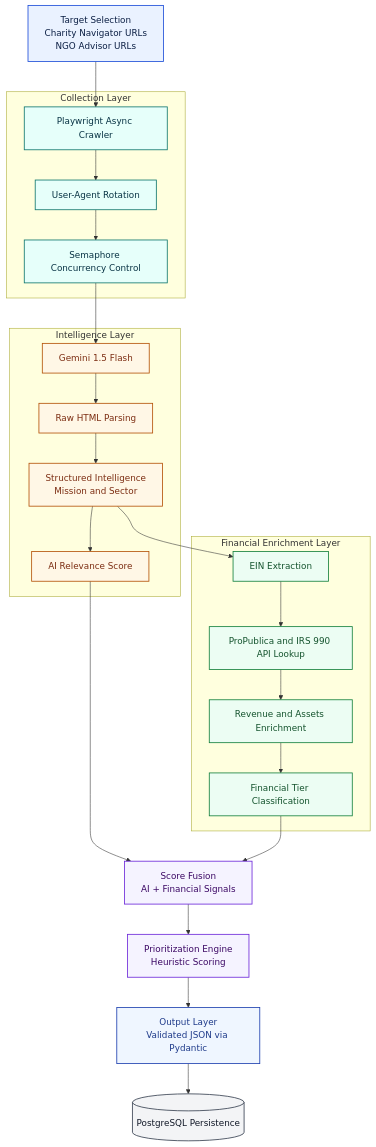
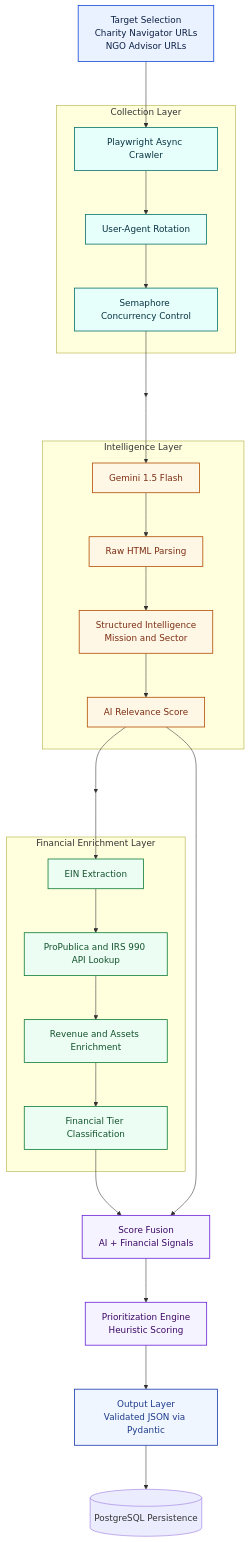
Before and after one commit to keylorpineda/nonprofit_intel_scraper: the diagram in README.md, drawn with Mermaid.

Commit message:
Update Mermaid diagram in README for improved clarity and structure in data flow representation

````diff
--- a/README.md
+++ b/README.md
@@ -199,54 +199,64 @@
 ```mermaid
-%%{init: {'flowchart': {'curve': 'basis', 'nodeSpacing': 45, 'rankSpacing': 55, 'htmlLabels': true}} }%%
+%%{init: {'flowchart': {'curve': 'basis', 'nodeSpacing': 45, 'rankSpacing': 80, 'htmlLabels': true}} }%%
 graph TD
   A[Target Selection<br/>Charity Navigator URLs<br/>NGO Advisor URLs]
 
-  subgraph C[Collection Layer]
+  subgraph C["Collection Layer "]
     B1[Playwright Async Crawler]
     B2[User-Agent Rotation]
     B3[Semaphore Concurrency Control]
   end
 
-  subgraph I[Intelligence Layer]
+  CollectionOut[ ]
+  CollectionOut:::hidden
+
+  subgraph I["Intelligence Layer "]
     D1[Gemini 1.5 Flash]
     D2[Raw HTML Parsing]
     D3[Structured Intelligence<br/>Mission and Sector]
     D4[AI Relevance Score]
   end
 
-  subgraph E[Financial Enrichment Layer]
+  IntelligenceOut[ ]
+  IntelligenceOut:::hidden
+
+  subgraph E["Financial Enrichment Layer "]
     F1[EIN Extraction]
     F2[ProPublica and IRS 990 API Lookup]
     F3[Revenue and Assets Enrichment]
     F4[Financial Tier Classification]
   end
 
   P0[Score Fusion<br/>AI + Financial Signals]
   G[Prioritization Engine<br/>Heuristic Scoring]
   H1[Output Layer<br/>Validated JSON via Pydantic]
   H2[(PostgreSQL Persistence)]
 
-  A --> B1 --> B2 --> B3 --> D1
+  A --> B1 --> B2 --> B3
+  B3 --> CollectionOut
+  CollectionOut --> D1
   D1 --> D2 --> D3 --> D4
-  D3 --> F1 --> F2 --> F3 --> F4
+  D4 --> IntelligenceOut
+  IntelligenceOut --> F1 --> F2 --> F3 --> F4
+  F4 --> P0
   D4 --> P0
-  F4 --> P0
   P0 --> G
   G --> H1 --> H2
 
   classDef source fill:#EAF2FF,stroke:#1D4ED8,color:#0B1F44,stroke-width:1.5px;
   classDef collection fill:#E6FFFA,stroke:#0F766E,color:#083344,stroke-width:1.5px;
   classDef intelligence fill:#FFF7E6,stroke:#B45309,color:#7C2D12,stroke-width:1.5px;
   classDef enrichment fill:#ECFDF3,stroke:#15803D,color:#14532D,stroke-width:1.5px;
   classDef prioritize fill:#F5F3FF,stroke:#6D28D9,color:#3B0764,stroke-width:1.5px;
   classDef output fill:#EFF6FF,stroke:#1E40AF,color:#1E3A8A,stroke-width:1.5px;
   classDef storage fill:#F3F4F6,stroke:#374151,color:#111827,stroke-width:1.5px;
+  classDef hidden display:none;
 
   class A source;
   class B1,B2,B3 collection;
   class D1,D2,D3,D4 intelligence;
   class F1,F2,F3,F4 enrichment;
   class P0,G prioritize;
   class H1 output;
-  class H2 storage;
+  class CollectionOut,IntelligenceOut hidden;
 ```
````
